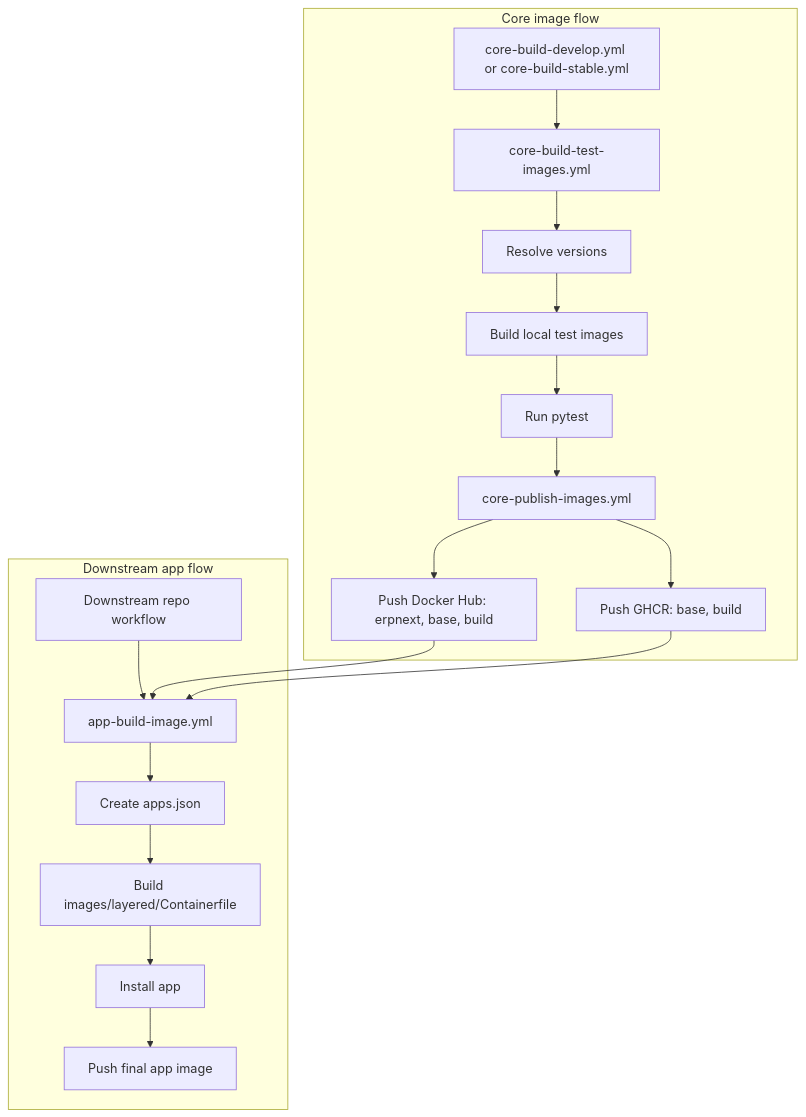
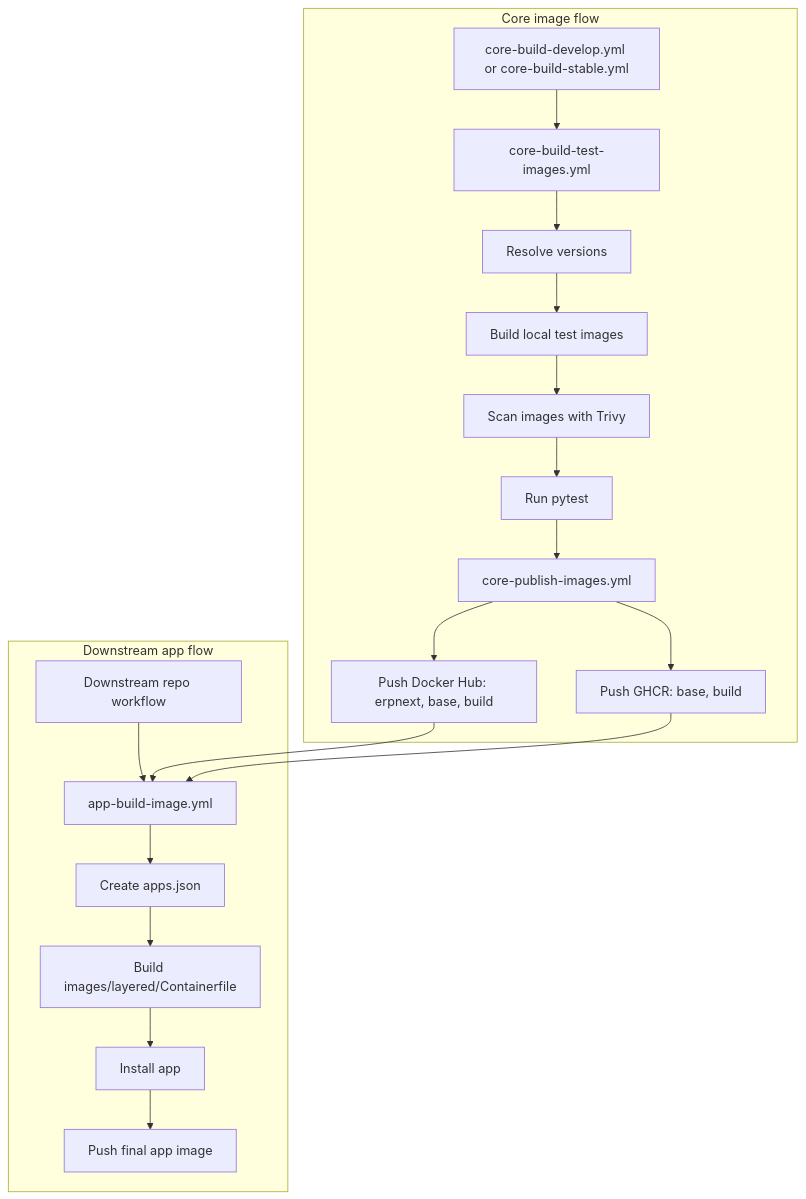
The diagram in docs/08-reference/06-github-actions-image-workflows.md (frappe/frappe_docker), drawn with Mermaid before and after one commit. The commit also changed other lines of this file and 13 other files, not shown here.

````diff
--- a/docs/08-reference/06-github-actions-image-workflows.md
+++ b/docs/08-reference/06-github-actions-image-workflows.md
@@ -56,39 +57,41 @@
 ```mermaid
 flowchart TD
     subgraph Core["Core image flow"]
         A[core-build-develop.yml or core-build-stable.yml]
         B[core-build-test-images.yml]
         C[Resolve versions]
         D[Build local test images]
-        E[Run pytest]
-        F[core-publish-images.yml]
-        G[Push Docker Hub: erpnext, base, build]
-        H[Push GHCR: base, build]
+        E[Scan images with Trivy]
+        F[Run pytest]
+        G[core-publish-images.yml]
+        H[Push Docker Hub: erpnext, base, build]
+        O[Push GHCR: base, build]
 
         A --> B
         B --> C
         C --> D
         D --> E
         E --> F
         F --> G
-        F --> H
+        G --> H
+        G --> O
     end
 
     subgraph App["Downstream app flow"]
         I[Downstream repo workflow]
         J[app-build-image.yml]
         K[Create apps.json]
         L[Build images/layered/Containerfile]
         M[Install app]
         N[Push final app image]
 
         I --> J
         J --> K
         K --> L
         L --> M
         M --> N
     end
 
-    G --> J
     H --> J
+    O --> J
 ```
````
